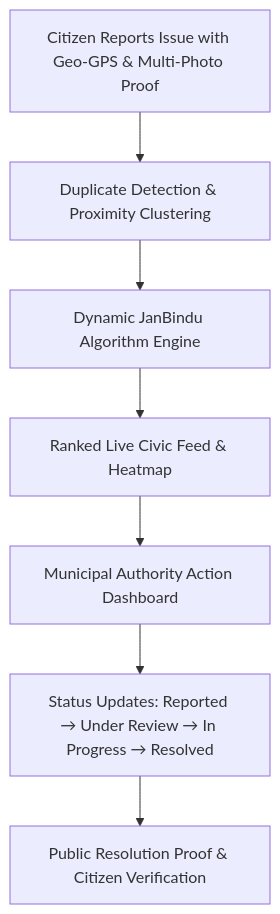
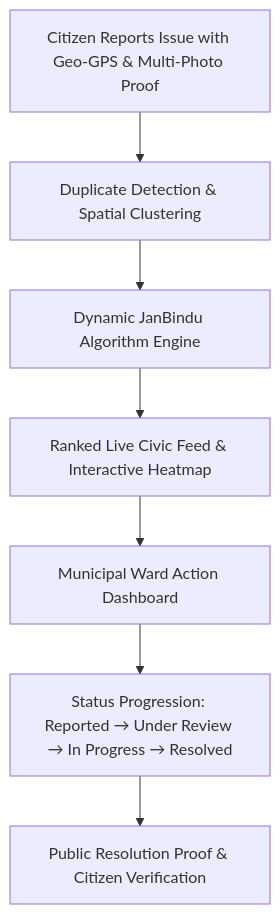
Before and after one commit to tott1o/janbindu: the first of 4 diagrams in ppt.md, drawn with Mermaid. The commit also changed other lines of this file, not shown here.

Commit message:
docs: update Slide 6 with authentic academic literature citations, DOIs, GoI DARPG reports, and benchmark metrics

````diff
--- a/ppt.md
+++ b/ppt.md
@@ -29,9 +63,9 @@
 ```mermaid
 graph TD
-    A[Citizen Reports Issue with Geo-GPS & Multi-Photo Proof] --> B[Duplicate Detection & Proximity Clustering]
+    A[Citizen Reports Issue with Geo-GPS & Multi-Photo Proof] --> B[Duplicate Detection & Spatial Clustering]
     B --> C[Dynamic JanBindu Algorithm Engine]
-    C --> D[Ranked Live Civic Feed & Heatmap]
-    D --> E[Municipal Authority Action Dashboard]
-    E --> F[Status Updates: Reported → Under Review → In Progress → Resolved]
+    C --> D[Ranked Live Civic Feed & Interactive Heatmap]
+    D --> E[Municipal Ward Action Dashboard]
+    E --> F[Status Progression: Reported → Under Review → In Progress → Resolved]
     F --> G[Public Resolution Proof & Citizen Verification]
 ```
````
